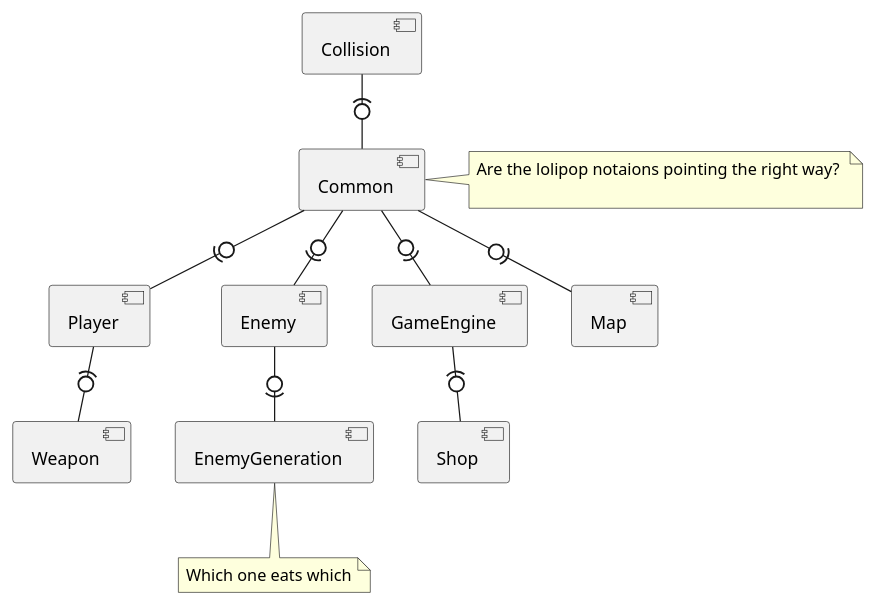
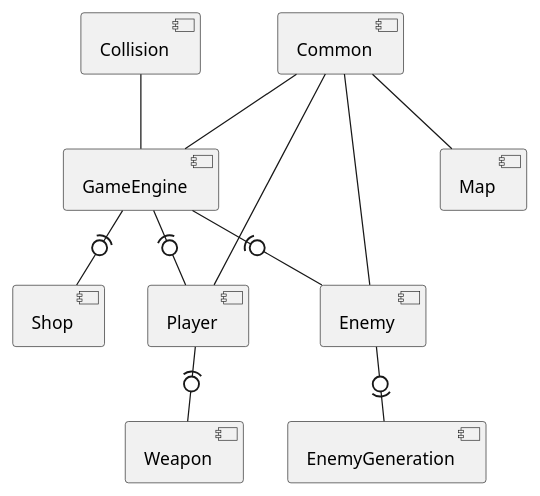
One commit to joachimhviid/BoatToEngland changed the diagram in wiki/ComponentDiagram.puml. Above: the diagram before and after it, drawn with PlantUML. The commit also changed 3 other files, not shown here.

Commit message:
Diagram update

```diff
--- a/wiki/ComponentDiagram.puml
+++ b/wiki/ComponentDiagram.puml
@@ -1,25 +1,28 @@
 @startuml
 'https://plantuml.com/component-diagram
 
 [Player]
 [Enemy]
 [EnemyGeneration]
 [GameEngine]
 [Map]
 [Collision]
 [Weapon]
 [Shop]
 [Common]
 
-[Collision] -(0- [Common]
+
+[Collision] -- [GameEngine]
 [Player] -(0- [Weapon]
-[Common] -0)- [Player]
-[Common] -0)- [Enemy]
-[Common] -0)- [Map]
+[Common] -- [Player]
+[Common] -- [Enemy]
+[Common] -- [Map]
 [GameEngine] -(0- [Shop]
-[Common] -0)- [GameEngine]
+[Common] -- [GameEngine]
 [Enemy] -0)- [EnemyGeneration]
-note bottom of [EnemyGeneration]: Which one eats which
+[GameEngine] -(0- [Enemy]
+[GameEngine] -(0- [Player]
+/'note bottom of [EnemyGeneration]: Which one eats which
 note right of [Common]: Are the lolipop notaions pointing the right way? \n
-
+'/
 @enduml
```
